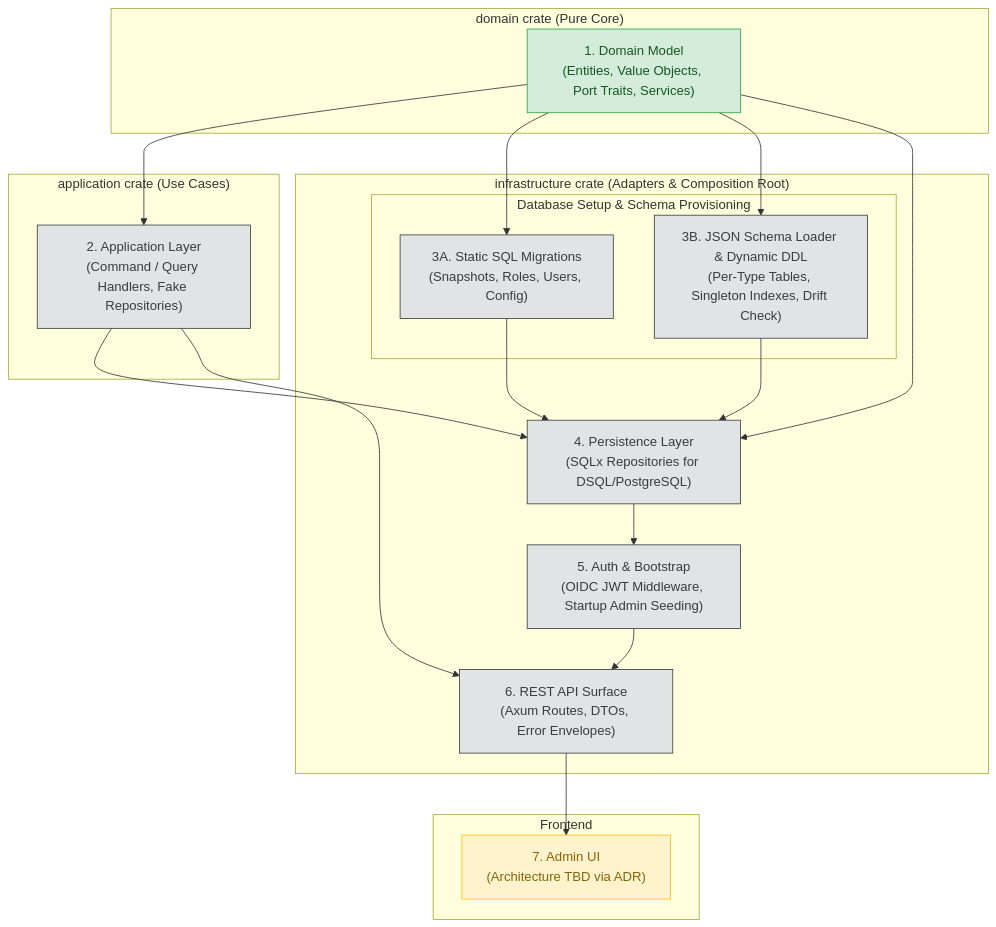
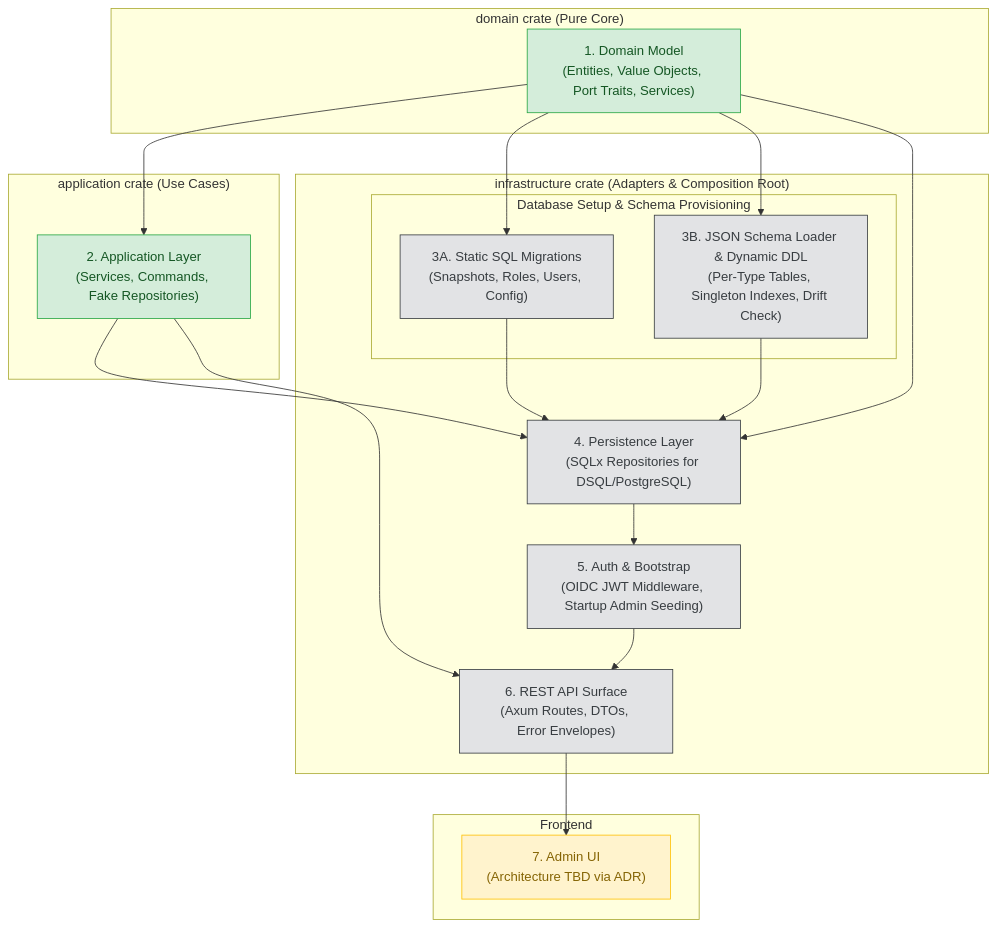
The diagram in docs/roadmap.md (luminair-cms/luminair-service-aws-dsql), drawn with Mermaid before and after one commit. The commit also changed other lines of this file, not shown here.

Commit message:
docs(roadmap): mark application layer milestone as completed

````diff
--- a/docs/roadmap.md
+++ b/docs/roadmap.md
@@ -9,43 +9,43 @@
 ```mermaid
 flowchart TD
     classDef done fill:#d4edda,stroke:#28a745,color:#155724;
     classDef planned fill:#e2e3e5,stroke:#383d41,color:#383d41;
     classDef tbd fill:#fff3cd,stroke:#ffc107,color:#856404;
 
     subgraph CrateDomain["domain crate (Pure Core)"]
         Domain["1. Domain Model<br/>(Entities, Value Objects, Port Traits, Services)"]:::done
     end
 
     subgraph CrateApp["application crate (Use Cases)"]
-        App["2. Application Layer<br/>(Command / Query Handlers, Fake Repositories)"]:::planned
+        App["2. Application Layer<br/>(Services, Commands, Fake Repositories)"]:::done
     end
 
     subgraph CrateInfra["infrastructure crate (Adapters & Composition Root)"]
         subgraph SubgraphDB["Database Setup & Schema Provisioning"]
             StaticMig["3A. Static SQL Migrations<br/>(Snapshots, Roles, Users, Config)"]:::planned
             SchemaLoader["3B. JSON Schema Loader & Dynamic DDL<br/>(Per-Type Tables, Singleton Indexes, Drift Check)"]:::planned
         end
 
         Persistence["4. Persistence Layer<br/>(SQLx Repositories for DSQL/PostgreSQL)"]:::planned
         Auth["5. Auth & Bootstrap<br/>(OIDC JWT Middleware, Startup Admin Seeding)"]:::planned
         RestApi["6. REST API Surface<br/>(Axum Routes, DTOs, Error Envelopes)"]:::planned
     end
 
     subgraph ClientLayer["Frontend"]
         UI["7. Admin UI<br/>(Architecture TBD via ADR)"]:::tbd
     end
 
     Domain --> App
     Domain --> StaticMig
     Domain --> SchemaLoader
     Domain --> Persistence
 
     App --> Persistence
     StaticMig --> Persistence
     SchemaLoader --> Persistence
 
     Persistence --> Auth
     Auth --> RestApi
     App --> RestApi
     RestApi --> UI
 ```
````
